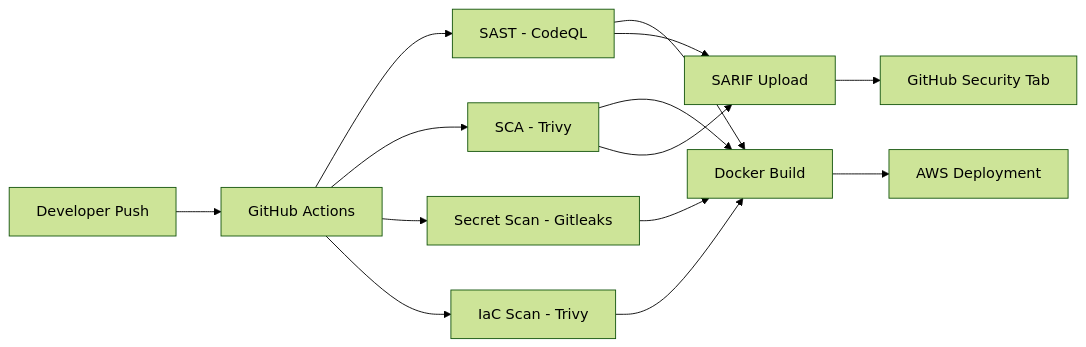
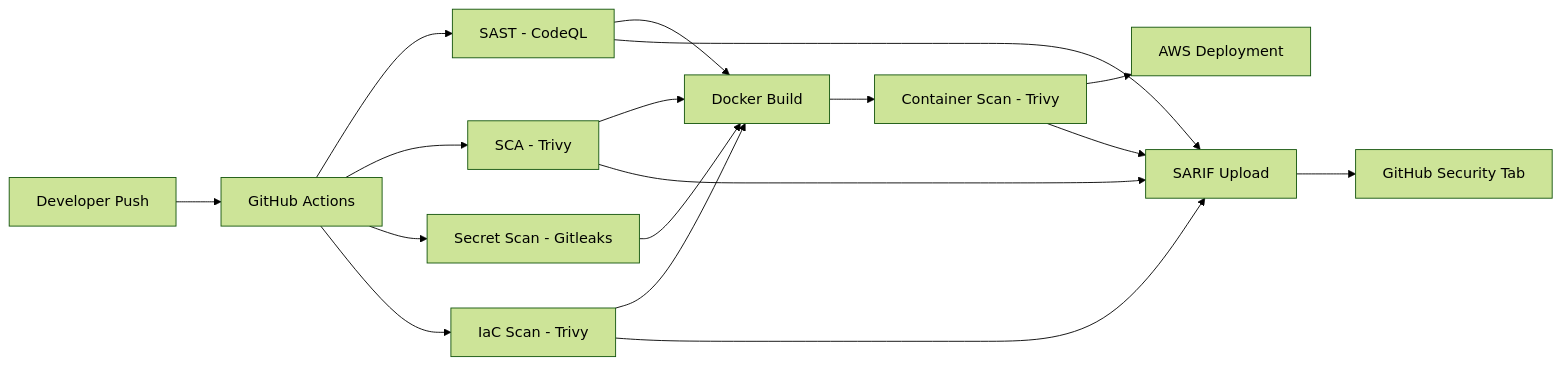
One commit to AurelienKumarathas/devsecops-pipeline-project-1 changed the diagram in README.md. Above: the diagram before and after it, drawn with Mermaid (forest theme). The commit also changed other lines of this file, not shown here.

````diff
--- a/README.md
+++ b/README.md
@@ -64,16 +78,19 @@
 ```mermaid
 graph LR
     A[Developer Push] --> B[GitHub Actions]
     B --> C[SAST - CodeQL]
     B --> D[SCA - Trivy]
     B --> E[Secret Scan - Gitleaks]
     B --> F[IaC Scan - Trivy]
     C --> G[Docker Build]
     D --> G
     E --> G
     F --> G
-    G --> H[AWS Deployment]
-    C --> I[SARIF Upload]
-    D --> I
-    I --> J[GitHub Security Tab]
+    G --> H[Container Scan - Trivy]
+    H --> I[AWS Deployment]
+    C --> J[SARIF Upload]
+    D --> J
+    F --> J
+    H --> J
+    J --> K[GitHub Security Tab]
 ```
````
